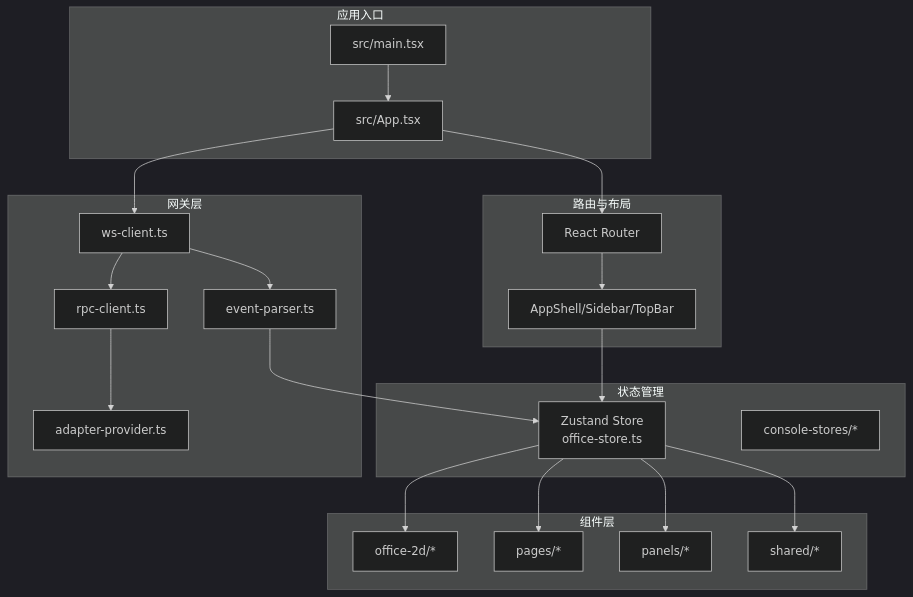
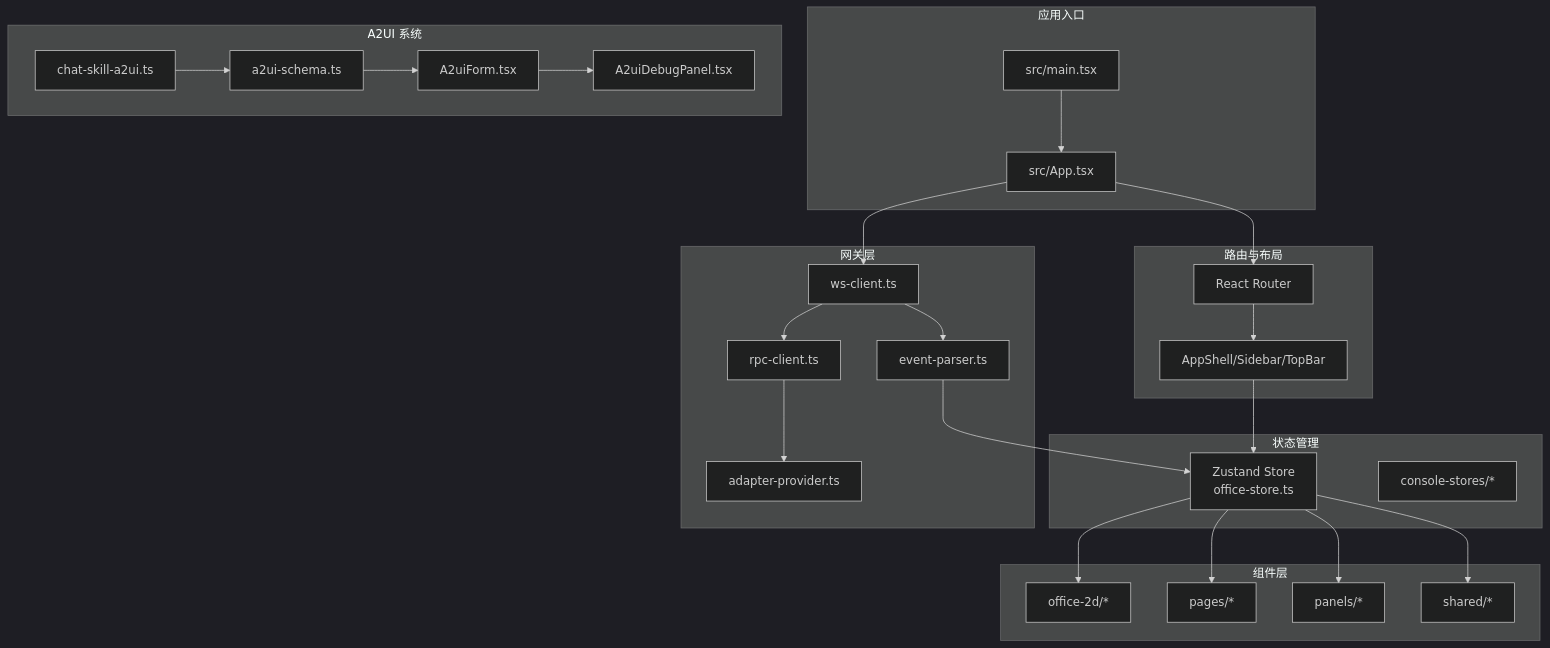
The first of 10 diagrams in .qoder/repowiki/zh/content/开发者指南/开发者指南.md (WW-AI-Lab/openclaw-office), drawn with Mermaid (dark theme) before and after one commit. The commit also changed other lines of this file and 14 other files, not shown here.

````diff
--- a/.qoder/repowiki/zh/content/开发者指南/开发者指南.md
+++ b/.qoder/repowiki/zh/content/开发者指南/开发者指南.md
@@ -47,40 +59,49 @@
 ```mermaid
 graph TB
 subgraph "应用入口"
 MAIN["src/main.tsx"]
 APP["src/App.tsx"]
 end
 subgraph "路由与布局"
 ROUTER["React Router"]
 LAYOUT["AppShell/Sidebar/TopBar"]
 end
 subgraph "状态管理"
 STORE["Zustand Store<br/>office-store.ts"]
 CONSOLE_STORES["console-stores/*"]
 end
 subgraph "网关层"
 WS_CLIENT["ws-client.ts"]
 RPC_CLIENT["rpc-client.ts"]
 ADAPTER["adapter-provider.ts"]
 EVENT_PARSER["event-parser.ts"]
 end
 subgraph "组件层"
 OFFICE["office-2d/*"]
 PAGES["pages/*"]
 PANELS["panels/*"]
 SHARED["shared/*"]
 end
+subgraph "A2UI 系统"
+A2UI_SCHEMA["a2ui-schema.ts"]
+A2UI_FORM["A2uiForm.tsx"]
+A2UI_DEBUG["A2uiDebugPanel.tsx"]
+CHAT_SKILL_A2UI["chat-skill-a2ui.ts"]
+end
 MAIN --> APP
 APP --> ROUTER
 ROUTER --> LAYOUT
 LAYOUT --> STORE
 APP --> WS_CLIENT
 WS_CLIENT --> EVENT_PARSER
 EVENT_PARSER --> STORE
 STORE --> OFFICE
 STORE --> PAGES
 STORE --> PANELS
 STORE --> SHARED
 WS_CLIENT --> RPC_CLIENT
 RPC_CLIENT --> ADAPTER
+A2UI_SCHEMA --> A2UI_FORM
+A2UI_FORM --> A2UI_DEBUG
+CHAT_SKILL_A2UI --> A2UI_SCHEMA
 ```
````
